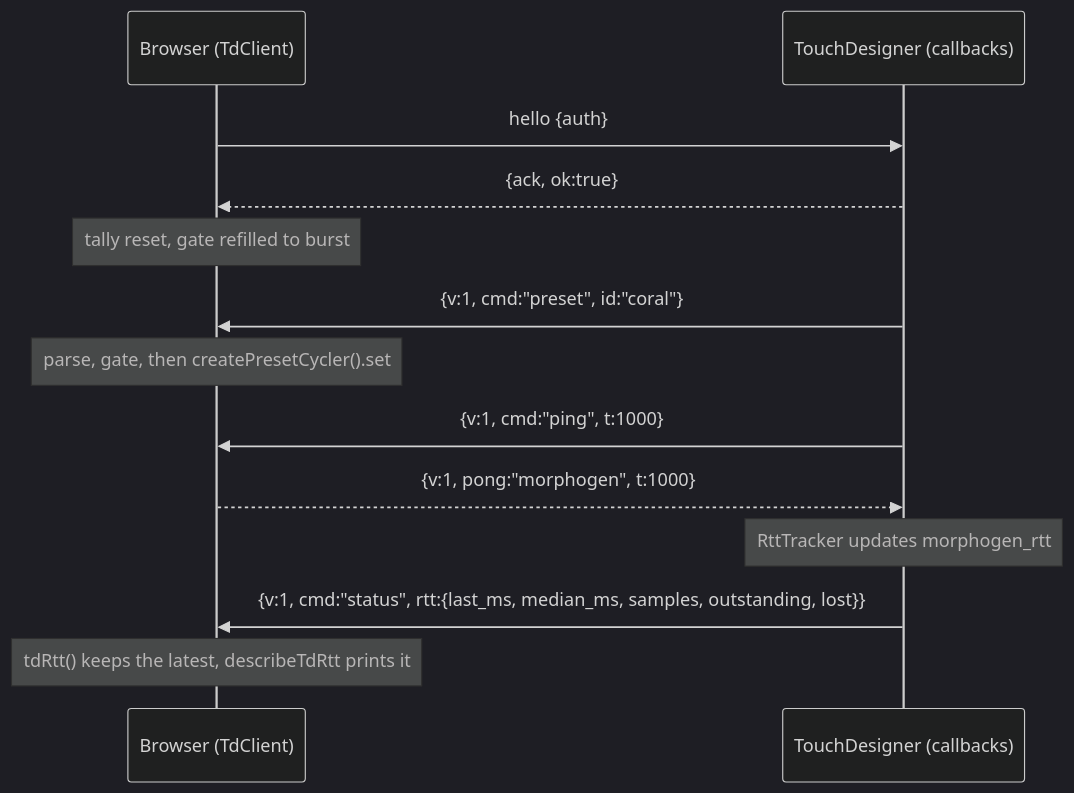
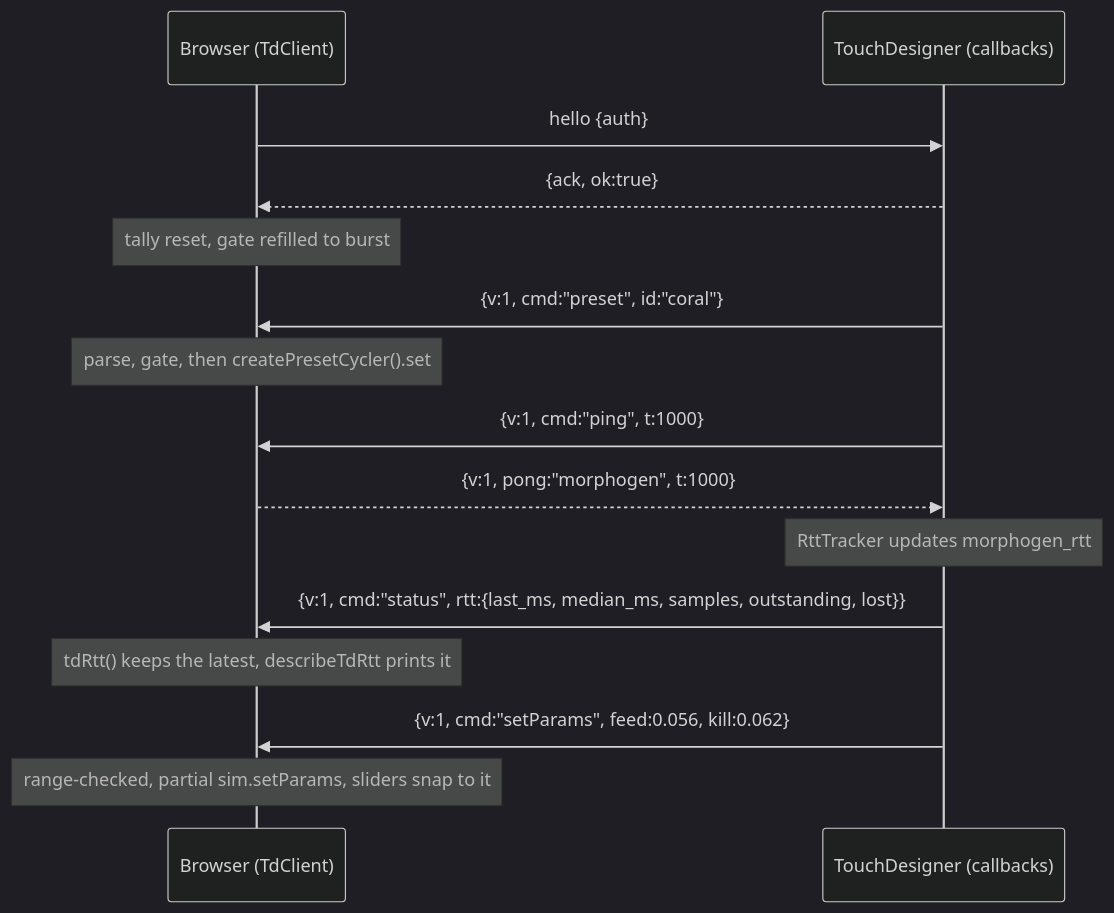
The diagram in docs/morphogen-redteam/TD-COMMANDS.md (IAmM3ta/MORPHOS), drawn with Mermaid (dark theme) before and after one commit. The commit also changed other lines of this file and 15 other files, not shown here.

````diff
--- a/docs/morphogen-redteam/TD-COMMANDS.md
+++ b/docs/morphogen-redteam/TD-COMMANDS.md
@@ -22,15 +22,17 @@
 ```mermaid
 sequenceDiagram
   participant B as Browser (TdClient)
   participant T as TouchDesigner (callbacks)
   B->>T: hello {auth}
   T-->>B: {ack, ok:true}
   Note over B: tally reset, gate refilled to burst
   T->>B: {v:1, cmd:"preset", id:"coral"}
   Note over B: parse, gate, then createPresetCycler().set
   T->>B: {v:1, cmd:"ping", t:1000}
   B-->>T: {v:1, pong:"morphogen", t:1000}
   Note over T: RttTracker updates morphogen_rtt
   T->>B: {v:1, cmd:"status", rtt:{last_ms, median_ms, samples, outstanding, lost}}
   Note over B: tdRtt() keeps the latest, describeTdRtt prints it
+  T->>B: {v:1, cmd:"setParams", feed:0.056, kill:0.062}
+  Note over B: range-checked, partial sim.setParams, sliders snap to it
 ```
````
